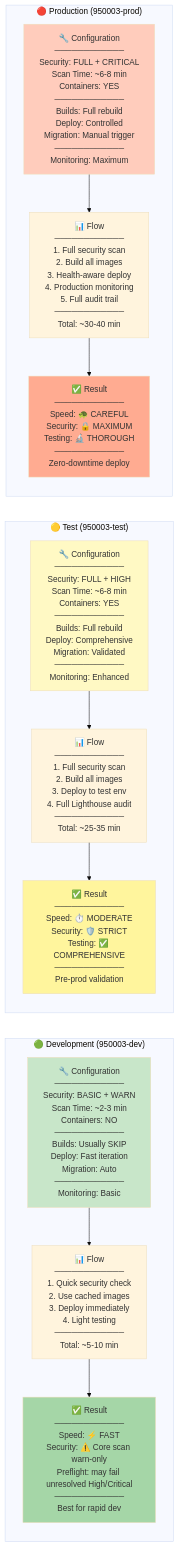
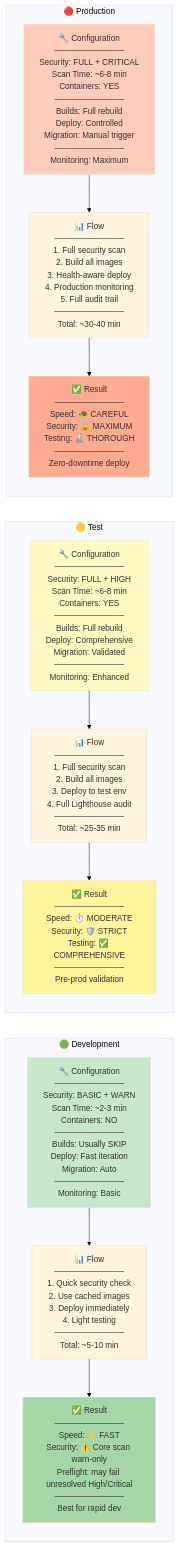
Before and after one commit to bcgov/moodle-nginx: the second of 7 diagrams in .docs/diagrams/build-deployment-flow.md, drawn with Mermaid (base theme). The commit also changed other lines of this file and 10 other files, not shown here.

````diff
--- a/.docs/diagrams/build-deployment-flow.md
+++ b/.docs/diagrams/build-deployment-flow.md
@@ -169,37 +173,37 @@
 ```mermaid
 graph LR
-    subgraph "🟢 Development (950003-dev)"
+    subgraph "🟢 Development"
         DevConfig["🔧 Configuration<br/>────────────<br/>Security: BASIC + WARN<br/>Scan Time: ~2-3 min<br/>Containers: NO<br/>────────────<br/>Builds: Usually SKIP<br/>Deploy: Fast iteration<br/>Migration: Auto<br/>────────────<br/>Monitoring: Basic"]
 
         DevFlow["📊 Flow<br/>────────────<br/>1. Quick security check<br/>2. Use cached images<br/>3. Deploy immediately<br/>4. Light testing<br/>────────────<br/>Total: ~5-10 min"]
 
         DevResult["✅ Result<br/>────────────<br/>Speed: ⚡ FAST<br/>Security: ⚠️ Core scan warn-only<br/>Preflight: may fail unresolved High/Critical<br/>────────────<br/>Best for rapid dev"]
     end
 
-    subgraph "🟡 Test (950003-test)"
+    subgraph "🟡 Test"
         TestConfig["🔧 Configuration<br/>────────────<br/>Security: FULL + HIGH<br/>Scan Time: ~6-8 min<br/>Containers: YES<br/>────────────<br/>Builds: Full rebuild<br/>Deploy: Comprehensive<br/>Migration: Validated<br/>────────────<br/>Monitoring: Enhanced"]
 
         TestFlow["📊 Flow<br/>────────────<br/>1. Full security scan<br/>2. Build all images<br/>3. Deploy to test env<br/>4. Full Lighthouse audit<br/>────────────<br/>Total: ~25-35 min"]
 
         TestResult["✅ Result<br/>────────────<br/>Speed: ⏱️ MODERATE<br/>Security: 🛡️ STRICT<br/>Testing: ✅ COMPREHENSIVE<br/>────────────<br/>Pre-prod validation"]
     end
 
-    subgraph "🔴 Production (950003-prod)"
+    subgraph "🔴 Production"
         ProdConfig["🔧 Configuration<br/>────────────<br/>Security: FULL + CRITICAL<br/>Scan Time: ~6-8 min<br/>Containers: YES<br/>────────────<br/>Builds: Full rebuild<br/>Deploy: Controlled<br/>Migration: Manual trigger<br/>────────────<br/>Monitoring: Maximum"]
 
         ProdFlow["📊 Flow<br/>────────────<br/>1. Full security scan<br/>2. Build all images<br/>3. Health-aware deploy<br/>4. Production monitoring<br/>5. Full audit trail<br/>────────────<br/>Total: ~30-40 min"]
 
         ProdResult["✅ Result<br/>────────────<br/>Speed: 🐢 CAREFUL<br/>Security: 🔒 MAXIMUM<br/>Testing: 🔬 THOROUGH<br/>────────────<br/>Zero-downtime deploy"]
     end
 
     DevConfig --> DevFlow --> DevResult
     TestConfig --> TestFlow --> TestResult
     ProdConfig --> ProdFlow --> ProdResult
 
     style DevConfig fill:#c8e6c9
     style TestConfig fill:#fff9c4
     style ProdConfig fill:#ffccbc
     style DevResult fill:#a5d6a7
     style TestResult fill:#fff59d
     style ProdResult fill:#ffab91
 ```
````
